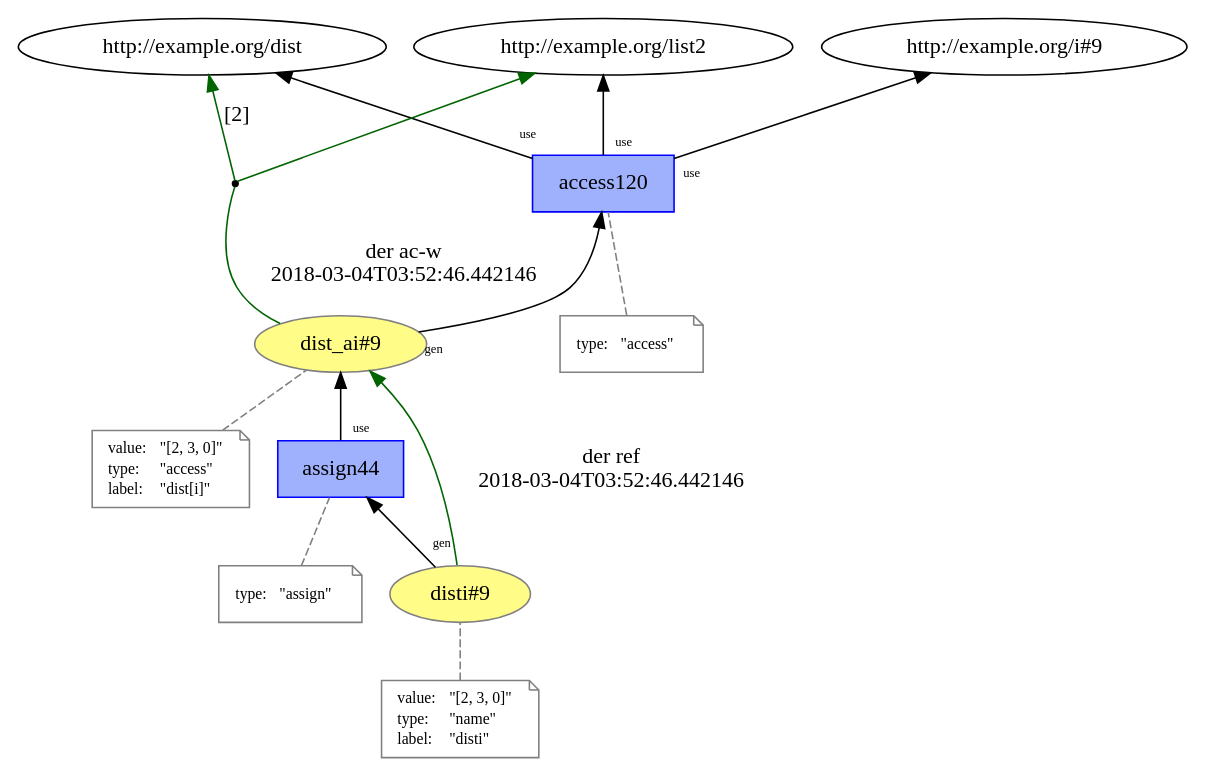
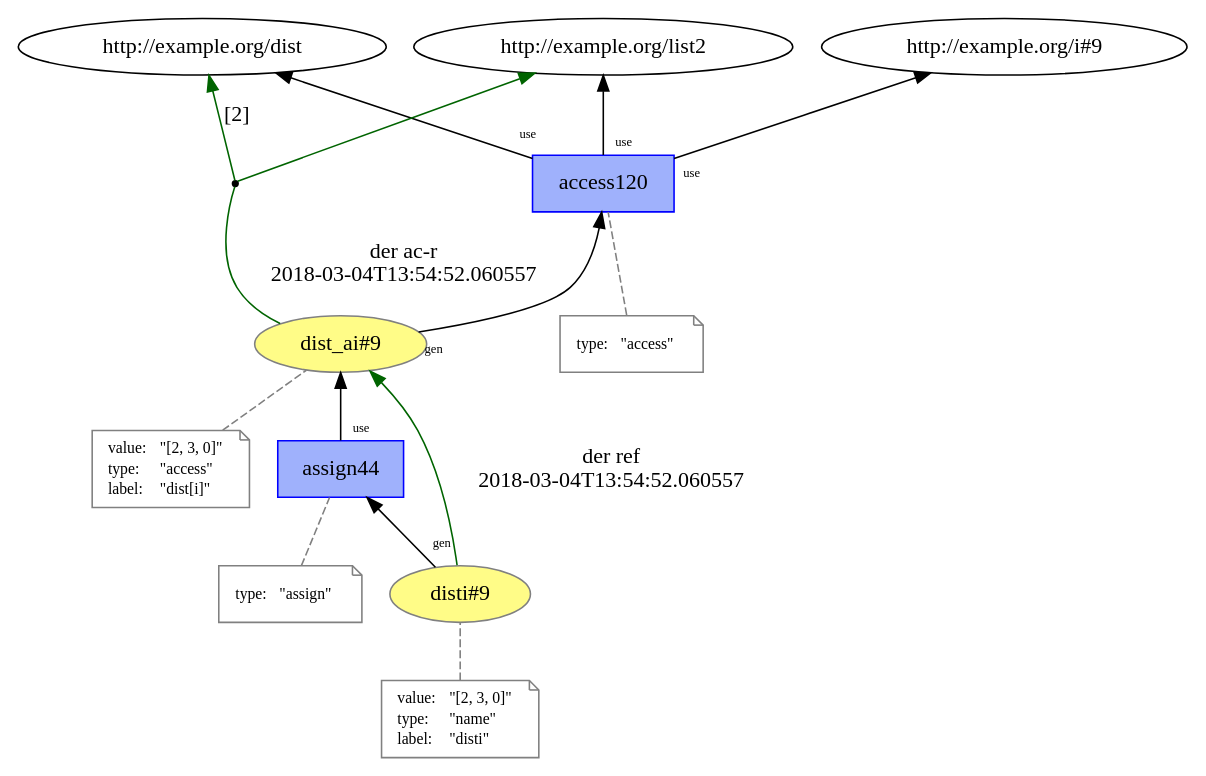
One commit to dew-uff/versioned-prov changed the diagram in intertwined_prov/temp/L12__access__assign_9.dot. Above: the diagram before and after it, drawn with Graphviz. The commit also changed 714 other files, not shown here.

```diff
--- a/intertwined_prov/temp/L12__access__assign_9.dot
+++ b/intertwined_prov/temp/L12__access__assign_9.dot
@@ -1,63 +1,63 @@
 digraph "PROV" { size="16,12"; rankdir="BT";
 "http://example.org/dist_ai#9" [fillcolor="#FFFC87",color="#808080",style="filled",label="dist_ai#9",URL="http://example.org/dist_ai#9"]
 "-attrs0" [color="gray",shape="note",fontsize="10",fontcolor="black",label=<<TABLE cellpadding="0" border="0">
 	<TR>
 	    <TD align="left">value:</TD>
 	    <TD align="left">&quot;[2, 3, 0]&quot;</TD>
 	</TR>
 	<TR>
 	    <TD align="left">type:</TD>
 	    <TD align="left">&quot;access&quot;</TD>
 	</TR>
 	<TR>
 	    <TD align="left">label:</TD>
 	    <TD align="left">&quot;dist[i]&quot;</TD>
 	</TR>
 </TABLE>>]
 "-attrs0" -> "http://example.org/dist_ai#9" [color="gray",style="dashed",arrowhead="none"]
 "http://example.org/access120" [fillcolor="#9FB1FC",color="#0000FF",shape="polygon",sides="4",style="filled",label="access120",URL="http://example.org/access120"]
 "-attrs1" [color="gray",shape="note",fontsize="10",fontcolor="black",label=<<TABLE cellpadding="0" border="0">
 	<TR>
 	    <TD align="left">type:</TD>
 	    <TD align="left">&quot;access&quot;</TD>
 	</TR>
 </TABLE>>]
 "-attrs1" -> "http://example.org/access120" [color="gray",style="dashed",arrowhead="none"]
 "http://example.org/access120" -> "http://example.org/list2" [labelfontsize="8",labeldistance="1.5",labelangle="60.0",rotation="20",taillabel="use"]
 "bn0" [shape="point",label=""]
-"http://example.org/dist_ai#9" -> "bn0" [arrowhead="none",color="darkgreen",label="der ac-w
-2018-03-04T03:52:46.442146"]
+"http://example.org/dist_ai#9" -> "bn0" [arrowhead="none",color="darkgreen",label="der ac-r
+2018-03-04T13:54:52.060557"]
 "bn0" -> "http://example.org/dist" [labelfontsize="8",labeldistance="1.5",color="darkgreen",labelangle="60.0",rotation="20",label="[2]"]
 "bn0" -> "http://example.org/list2" [color="darkgreen"]
 "http://example.org/dist_ai#9" -> "http://example.org/access120" [labelfontsize="8",labeldistance="1.5",labelangle="60.0",rotation="20",taillabel="gen"]
 "http://example.org/access120" -> "http://example.org/dist" [labelfontsize="8",labeldistance="1.5",labelangle="60.0",rotation="20",taillabel="use"]
 "http://example.org/access120" -> "http://example.org/i#9" [labelfontsize="8",labeldistance="1.5",labelangle="60.0",rotation="20",taillabel="use"]
 "http://example.org/disti#9" [fillcolor="#FFFC87",color="#808080",style="filled",label="disti#9",URL="http://example.org/disti#9"]
 "-attrs2" [color="gray",shape="note",fontsize="10",fontcolor="black",label=<<TABLE cellpadding="0" border="0">
 	<TR>
 	    <TD align="left">value:</TD>
 	    <TD align="left">&quot;[2, 3, 0]&quot;</TD>
 	</TR>
 	<TR>
 	    <TD align="left">type:</TD>
 	    <TD align="left">&quot;name&quot;</TD>
 	</TR>
 	<TR>
 	    <TD align="left">label:</TD>
 	    <TD align="left">&quot;disti&quot;</TD>
 	</TR>
 </TABLE>>]
 "-attrs2" -> "http://example.org/disti#9" [color="gray",style="dashed",arrowhead="none"]
 "http://example.org/assign44" [fillcolor="#9FB1FC",color="#0000FF",shape="polygon",sides="4",style="filled",label="assign44",URL="http://example.org/assign44"]
 "-attrs3" [color="gray",shape="note",fontsize="10",fontcolor="black",label=<<TABLE cellpadding="0" border="0">
 	<TR>
 	    <TD align="left">type:</TD>
 	    <TD align="left">&quot;assign&quot;</TD>
 	</TR>
 </TABLE>>]
 "-attrs3" -> "http://example.org/assign44" [color="gray",style="dashed",arrowhead="none"]
 "http://example.org/assign44" -> "http://example.org/dist_ai#9" [labelfontsize="8",labeldistance="1.5",labelangle="60.0",rotation="20",taillabel="use"]
 "http://example.org/disti#9" -> "http://example.org/dist_ai#9" [labelfontsize="8",labeldistance="1.5",color="darkgreen",labelangle="60.0",rotation="20",label="der ref
-2018-03-04T03:52:46.442146"]
+2018-03-04T13:54:52.060557"]
 "http://example.org/disti#9" -> "http://example.org/assign44" [labelfontsize="8",labeldistance="1.5",labelangle="60.0",rotation="20",taillabel="gen"]
 }
```
